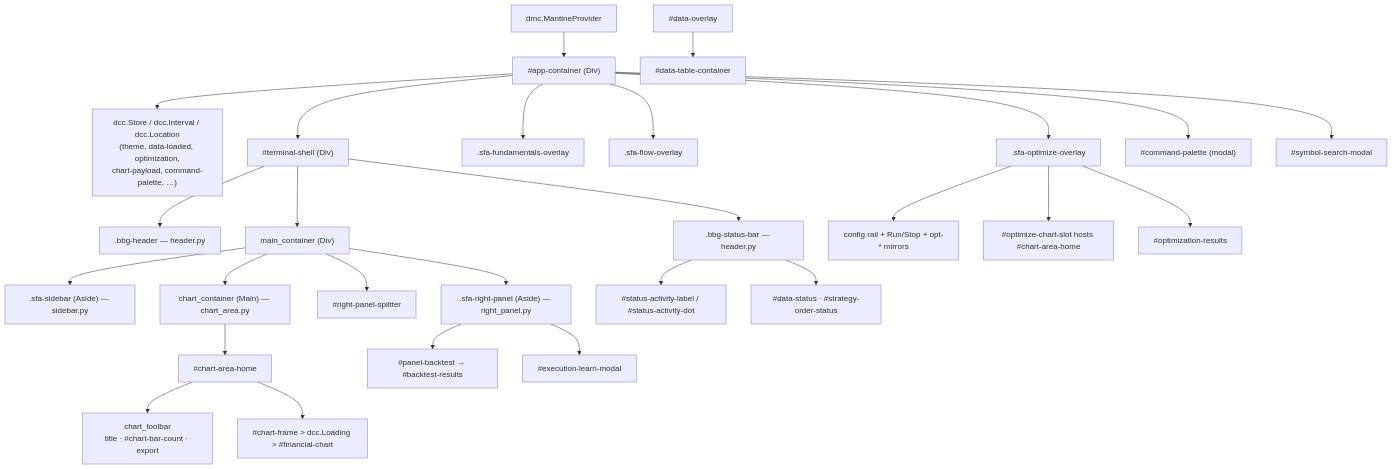
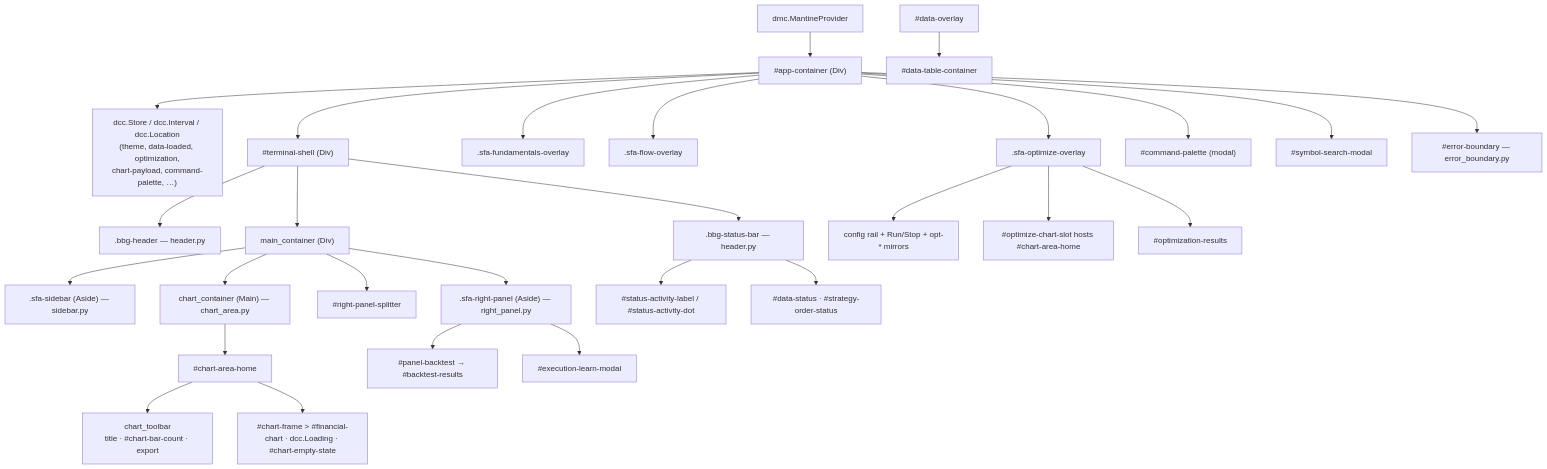
Before and after one commit to Noeinkan/F2_SearchForAlpha_lab: the diagram in docs/ui-architecture.md, drawn with Mermaid. The commit also changed other lines of this file and 129 other files, not shown here.

````diff
--- a/docs/ui-architecture.md
+++ b/docs/ui-architecture.md
@@ -14,35 +14,36 @@
 ```mermaid
 graph TD
     MP[dmc.MantineProvider] --> APP["#app-container (Div)"]
     APP --> STORES["dcc.Store / dcc.Interval / dcc.Location<br/>(theme, data-loaded, optimization,<br/>chart-payload, command-palette, …)"]
     APP --> SHELL["#terminal-shell (Div)"]
     APP --> FOV[".sfa-fundamentals-overlay"]
     APP --> FLOW[".sfa-flow-overlay"]
     APP --> OPTWS[".sfa-optimize-overlay"]
     APP --> PALETTE["#command-palette (modal)"]
     APP --> SYMSEARCH["#symbol-search-modal"]
 
     SHELL --> HEADER[".bbg-header — header.py"]
     SHELL --> MAIN["main_container (Div)"]
     SHELL --> STATUS[".bbg-status-bar — header.py"]
 
     MAIN --> SIDEBAR[".sfa-sidebar (Aside) — sidebar.py"]
     MAIN --> CHART["chart_container (Main) — chart_area.py"]
     MAIN --> SPLIT["#right-panel-splitter"]
     MAIN --> RIGHT[".sfa-right-panel (Aside) — right_panel.py"]
 
     CHART --> HOME["#chart-area-home"]
     HOME --> TOOLBAR["chart_toolbar<br/>title · #chart-bar-count · export"]
-    HOME --> FRAME["#chart-frame > dcc.Loading > #financial-chart"]
+    HOME --> FRAME["#chart-frame > #financial-chart · dcc.Loading · #chart-empty-state"]
+    APP --> ERRB["#error-boundary — error_boundary.py"]
 
     RIGHT --> BT["#panel-backtest → #backtest-results"]
     RIGHT --> EXEC["#execution-learn-modal"]
     DATAOV["#data-overlay"] --> DATATABLE["#data-table-container"]
 
     OPTWS --> OPTCFG["config rail + Run/Stop + opt-* mirrors"]
     OPTWS --> OPTSLOT["#optimize-chart-slot hosts #chart-area-home"]
     OPTWS --> OPTRES["#optimization-results"]
 
     STATUS --> ACT["#status-activity-label / #status-activity-dot"]
     STATUS --> DS["#data-status · #strategy-order-status"]
 ```
````
